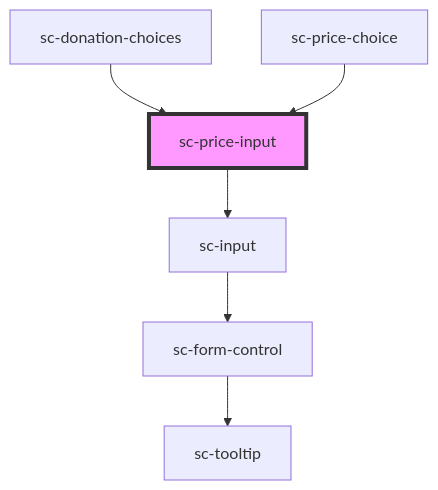
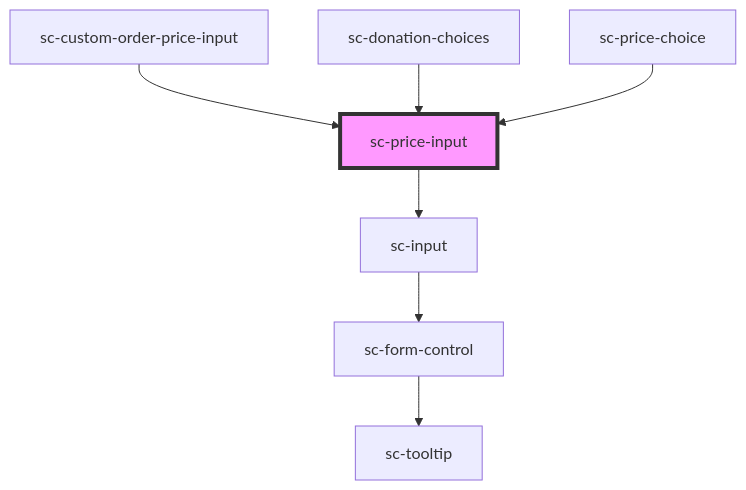
The diagram in packages/components/src/components/ui/price-input/readme.md (surecart/surecart-wp-plugin), drawn with Mermaid before and after one commit. The commit also changed other lines of this file and 30 other files, not shown here.

````diff
--- a/packages/components/src/components/ui/price-input/readme.md
+++ b/packages/components/src/components/ui/price-input/readme.md
@@ -108,9 +109,10 @@
 ```mermaid
 graph TD;
   sc-price-input --> sc-input
   sc-input --> sc-form-control
   sc-form-control --> sc-tooltip
+  sc-custom-order-price-input --> sc-price-input
   sc-donation-choices --> sc-price-input
   sc-price-choice --> sc-price-input
   style sc-price-input fill:#f9f,stroke:#333,stroke-width:4px
 ```
````
